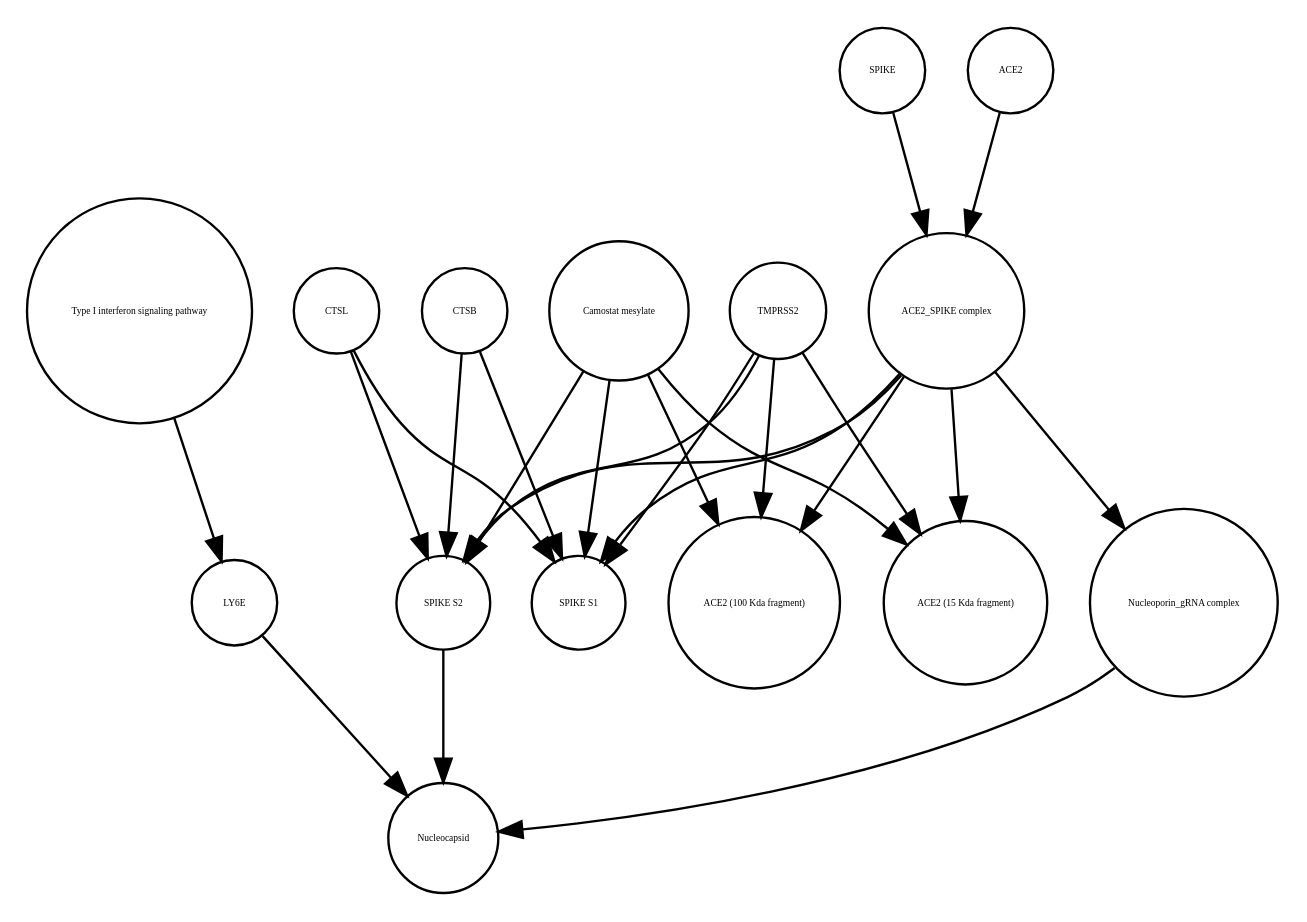
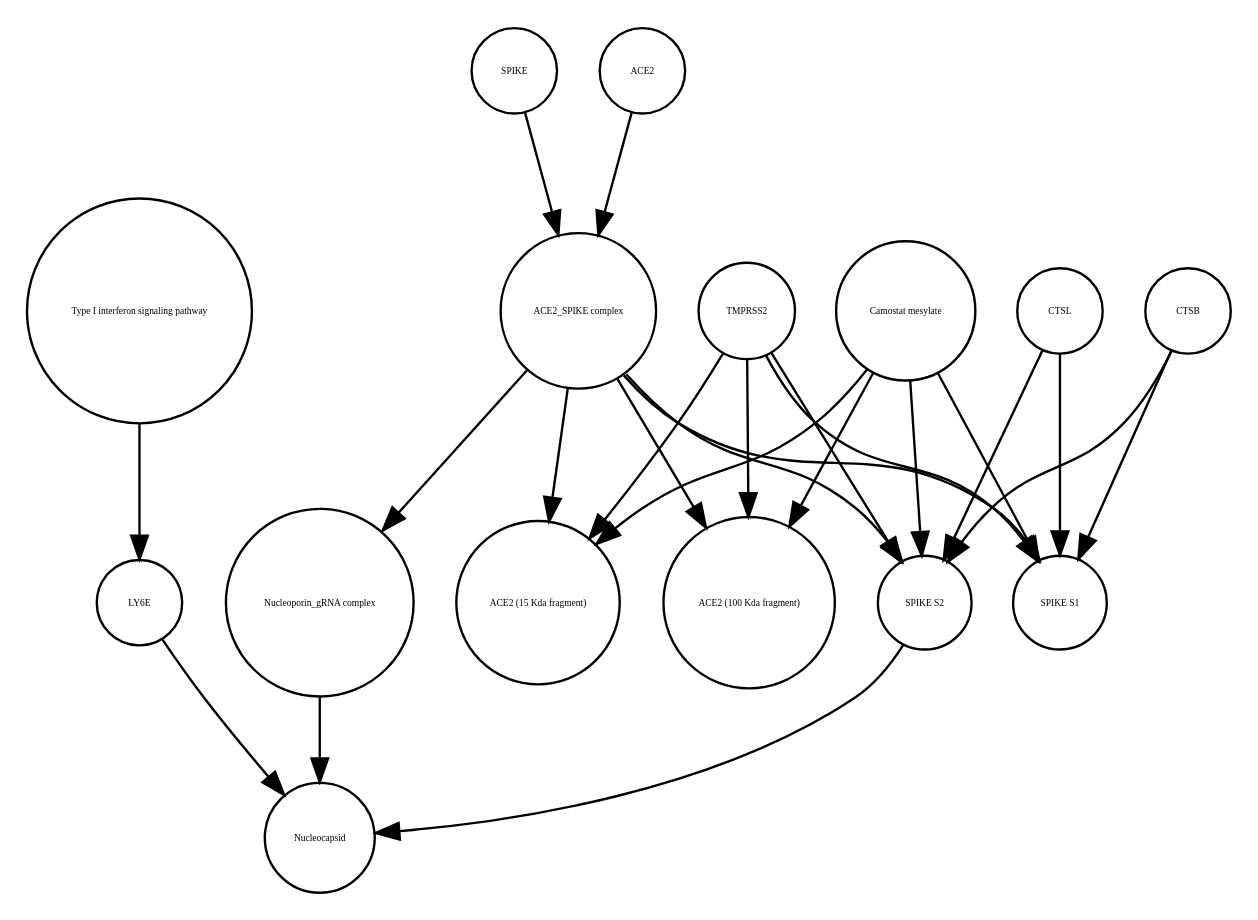
Before and after one commit to cannin/covid19-sbgn: the diagram in Virus_replication_cycle_V02.xml_projected.dot, drawn with Graphviz. The commit also changed 637 other files, not shown here.

```diff
--- a/Virus_replication_cycle_V02.xml_projected.dot
+++ b/Virus_replication_cycle_V02.xml_projected.dot
@@ -1,40 +1,40 @@
 strict digraph  {
 "Type I interferon signaling pathway" [annotation="", bipartite=0, cls=phenotype, fontsize=4, label="Type I interferon signaling pathway", shape=circle];
 LY6E [annotation="", bipartite=0, cls=macromolecule, fontsize=4, label=LY6E, shape=circle];
-"SPIKE S1" [annotation="", bipartite=0, cls=macromolecule, fontsize=4, label="SPIKE S1", shape=circle];
-"Nucleoporin_gRNA complex " [annotation="", bipartite=0, cls=complex, fontsize=4, label="Nucleoporin_gRNA complex ", shape=circle];
-CTSB [annotation="", bipartite=0, cls=macromolecule, fontsize=4, label=CTSB, shape=circle];
-"Camostat mesylate" [annotation="urn_miriam_pubchem.compound_2536", bipartite=0, cls="simple chemical", fontsize=4, label="Camostat mesylate", shape=circle];
-"ACE2 (100 Kda fragment)" [annotation="", bipartite=0, cls=macromolecule, fontsize=4, label="ACE2 (100 Kda fragment)", shape=circle];
 SPIKE [annotation="", bipartite=0, cls="macromolecule multimer", fontsize=4, label=SPIKE, shape=circle];
-ACE2 [annotation="", bipartite=0, cls=macromolecule, fontsize=4, label=ACE2, shape=circle];
-"ACE2_SPIKE complex" [annotation="", bipartite=0, cls=complex, fontsize=4, label="ACE2_SPIKE complex", shape=circle];
-CTSL [annotation="", bipartite=0, cls=macromolecule, fontsize=4, label=CTSL, shape=circle];
-Nucleocapsid [annotation="", bipartite=0, cls=complex, fontsize=4, label=Nucleocapsid, shape=circle];
-"ACE2 (15 Kda fragment)" [annotation="", bipartite=0, cls=macromolecule, fontsize=4, label="ACE2 (15 Kda fragment)", shape=circle];
 "SPIKE S2" [annotation="", bipartite=0, cls=macromolecule, fontsize=4, label="SPIKE S2", shape=circle];
 TMPRSS2 [annotation="", bipartite=0, cls=macromolecule, fontsize=4, label=TMPRSS2, shape=circle];
+"ACE2 (15 Kda fragment)" [annotation="", bipartite=0, cls=macromolecule, fontsize=4, label="ACE2 (15 Kda fragment)", shape=circle];
+"ACE2_SPIKE complex" [annotation="", bipartite=0, cls=complex, fontsize=4, label="ACE2_SPIKE complex", shape=circle];
+"Camostat mesylate" [annotation="urn_miriam_pubchem.compound_2536", bipartite=0, cls="simple chemical", fontsize=4, label="Camostat mesylate", shape=circle];
+CTSL [annotation="", bipartite=0, cls=macromolecule, fontsize=4, label=CTSL, shape=circle];
+"SPIKE S1" [annotation="", bipartite=0, cls=macromolecule, fontsize=4, label="SPIKE S1", shape=circle];
+"ACE2 (100 Kda fragment)" [annotation="", bipartite=0, cls=macromolecule, fontsize=4, label="ACE2 (100 Kda fragment)", shape=circle];
+ACE2 [annotation="", bipartite=0, cls=macromolecule, fontsize=4, label=ACE2, shape=circle];
+CTSB [annotation="", bipartite=0, cls=macromolecule, fontsize=4, label=CTSB, shape=circle];
+Nucleocapsid [annotation="", bipartite=0, cls=complex, fontsize=4, label=Nucleocapsid, shape=circle];
+"Nucleoporin_gRNA complex " [annotation="", bipartite=0, cls=complex, fontsize=4, label="Nucleoporin_gRNA complex ", shape=circle];
 "Type I interferon signaling pathway" -> LY6E  [annotation="", interaction_type=stimulation];
 LY6E -> Nucleocapsid  [annotation="urn_miriam_doi_10.1101%2F2020.03.05.979260|urn_miriam_doi_10.1101%2F2020.04.02.021469", interaction_type=inhibition];
+SPIKE -> "ACE2_SPIKE complex"  [annotation="", interaction_type=production];
+"SPIKE S2" -> Nucleocapsid  [annotation="", interaction_type=stimulation];
+TMPRSS2 -> "ACE2 (15 Kda fragment)"  [annotation="urn_miriam_pubmed_32142651|urn_miriam_pubmed_32094589|urn_miriam_pubmed_24227843", interaction_type=catalysis];
+TMPRSS2 -> "ACE2 (100 Kda fragment)"  [annotation="urn_miriam_pubmed_32142651|urn_miriam_pubmed_32094589|urn_miriam_pubmed_24227843", interaction_type=catalysis];
+TMPRSS2 -> "SPIKE S2"  [annotation="urn_miriam_pubmed_32142651|urn_miriam_pubmed_32094589|urn_miriam_pubmed_24227843", interaction_type=catalysis];
+TMPRSS2 -> "SPIKE S1"  [annotation="urn_miriam_pubmed_32142651|urn_miriam_pubmed_32094589|urn_miriam_pubmed_24227843", interaction_type=catalysis];
+"ACE2_SPIKE complex" -> "SPIKE S2"  [annotation="", interaction_type=production];
+"ACE2_SPIKE complex" -> "ACE2 (15 Kda fragment)"  [annotation="", interaction_type=production];
+"ACE2_SPIKE complex" -> "ACE2 (100 Kda fragment)"  [annotation="", interaction_type=production];
+"ACE2_SPIKE complex" -> "SPIKE S1"  [annotation="", interaction_type=production];
+"ACE2_SPIKE complex" -> "Nucleoporin_gRNA complex "  [annotation="urn_miriam_pubmed_32142651|urn_miriam_pubmed_32094589", interaction_type=stimulation];
+"Camostat mesylate" -> "ACE2 (15 Kda fragment)"  [annotation="urn_miriam_pubmed_32142651|urn_miriam_pubmed_32094589|urn_miriam_pubmed_24227843", interaction_type=inhibition];
+"Camostat mesylate" -> "ACE2 (100 Kda fragment)"  [annotation="urn_miriam_pubmed_32142651|urn_miriam_pubmed_32094589|urn_miriam_pubmed_24227843", interaction_type=inhibition];
+"Camostat mesylate" -> "SPIKE S2"  [annotation="urn_miriam_pubmed_32142651|urn_miriam_pubmed_32094589|urn_miriam_pubmed_24227843", interaction_type=inhibition];
+"Camostat mesylate" -> "SPIKE S1"  [annotation="urn_miriam_pubmed_32142651|urn_miriam_pubmed_32094589|urn_miriam_pubmed_24227843", interaction_type=inhibition];
+CTSL -> "SPIKE S2"  [annotation=urn_miriam_pubmed_32142651, interaction_type=catalysis];
+CTSL -> "SPIKE S1"  [annotation=urn_miriam_pubmed_32142651, interaction_type=catalysis];
+ACE2 -> "ACE2_SPIKE complex"  [annotation="", interaction_type=production];
+CTSB -> "SPIKE S2"  [annotation=urn_miriam_pubmed_32142651, interaction_type=catalysis];
+CTSB -> "SPIKE S1"  [annotation=urn_miriam_pubmed_32142651, interaction_type=catalysis];
 "Nucleoporin_gRNA complex " -> Nucleocapsid  [annotation="", interaction_type=production];
-CTSB -> "SPIKE S1"  [annotation=urn_miriam_pubmed_32142651, interaction_type=catalysis];
-CTSB -> "SPIKE S2"  [annotation=urn_miriam_pubmed_32142651, interaction_type=catalysis];
-"Camostat mesylate" -> "ACE2 (100 Kda fragment)"  [annotation="urn_miriam_pubmed_32142651|urn_miriam_pubmed_32094589|urn_miriam_pubmed_24227843", interaction_type=inhibition];
-"Camostat mesylate" -> "SPIKE S1"  [annotation="urn_miriam_pubmed_32142651|urn_miriam_pubmed_32094589|urn_miriam_pubmed_24227843", interaction_type=inhibition];
-"Camostat mesylate" -> "SPIKE S2"  [annotation="urn_miriam_pubmed_32142651|urn_miriam_pubmed_32094589|urn_miriam_pubmed_24227843", interaction_type=inhibition];
-"Camostat mesylate" -> "ACE2 (15 Kda fragment)"  [annotation="urn_miriam_pubmed_32142651|urn_miriam_pubmed_32094589|urn_miriam_pubmed_24227843", interaction_type=inhibition];
-SPIKE -> "ACE2_SPIKE complex"  [annotation="", interaction_type=production];
-ACE2 -> "ACE2_SPIKE complex"  [annotation="", interaction_type=production];
-"ACE2_SPIKE complex" -> "Nucleoporin_gRNA complex "  [annotation="urn_miriam_pubmed_32142651|urn_miriam_pubmed_32094589", interaction_type=stimulation];
-"ACE2_SPIKE complex" -> "SPIKE S1"  [annotation="", interaction_type=production];
-"ACE2_SPIKE complex" -> "SPIKE S2"  [annotation="", interaction_type=production];
-"ACE2_SPIKE complex" -> "ACE2 (100 Kda fragment)"  [annotation="", interaction_type=production];
-"ACE2_SPIKE complex" -> "ACE2 (15 Kda fragment)"  [annotation="", interaction_type=production];
-CTSL -> "SPIKE S1"  [annotation=urn_miriam_pubmed_32142651, interaction_type=catalysis];
-CTSL -> "SPIKE S2"  [annotation=urn_miriam_pubmed_32142651, interaction_type=catalysis];
-"SPIKE S2" -> Nucleocapsid  [annotation="urn_miriam_doi_10.1101%2F2020.03.05.979260|urn_miriam_doi_10.1101%2F2020.04.02.021469", interaction_type=stimulation];
-TMPRSS2 -> "ACE2 (100 Kda fragment)"  [annotation="urn_miriam_pubmed_32142651|urn_miriam_pubmed_32094589|urn_miriam_pubmed_24227843", interaction_type=catalysis];
-TMPRSS2 -> "SPIKE S1"  [annotation="urn_miriam_pubmed_32142651|urn_miriam_pubmed_32094589|urn_miriam_pubmed_24227843", interaction_type=catalysis];
-TMPRSS2 -> "SPIKE S2"  [annotation="urn_miriam_pubmed_32142651|urn_miriam_pubmed_32094589|urn_miriam_pubmed_24227843", interaction_type=catalysis];
-TMPRSS2 -> "ACE2 (15 Kda fragment)"  [annotation="urn_miriam_pubmed_32142651|urn_miriam_pubmed_32094589|urn_miriam_pubmed_24227843", interaction_type=catalysis];
 }
```
